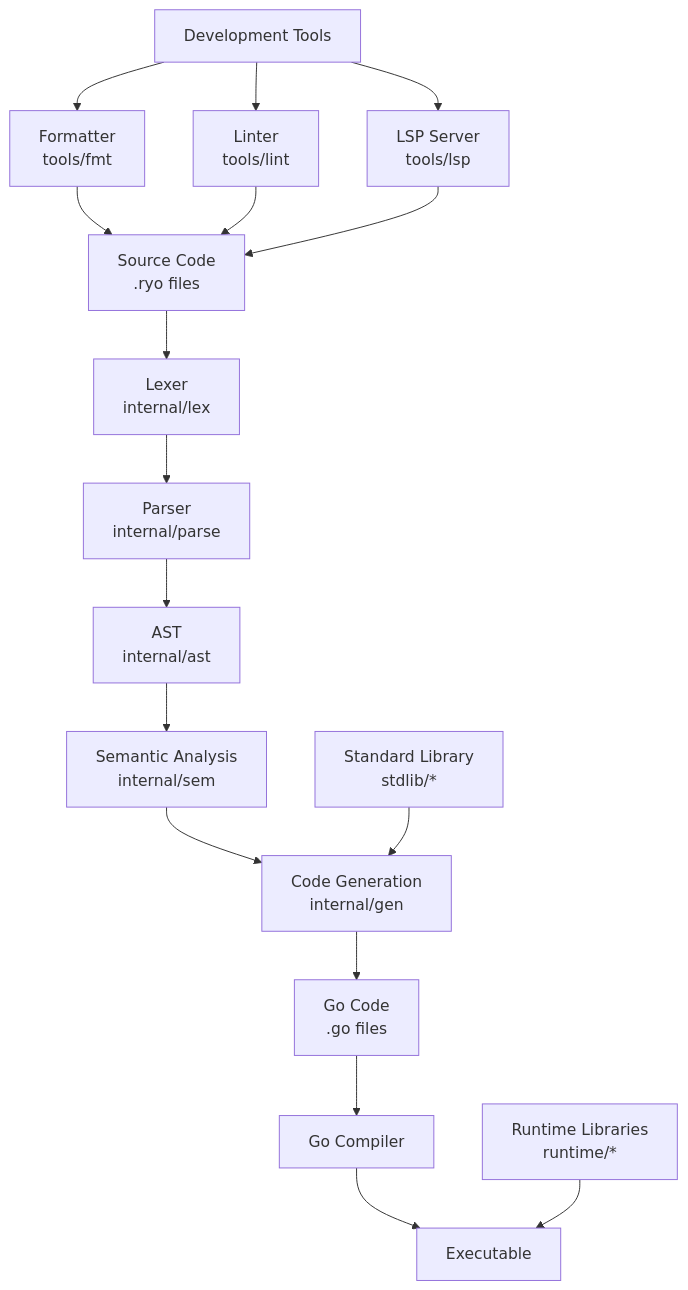
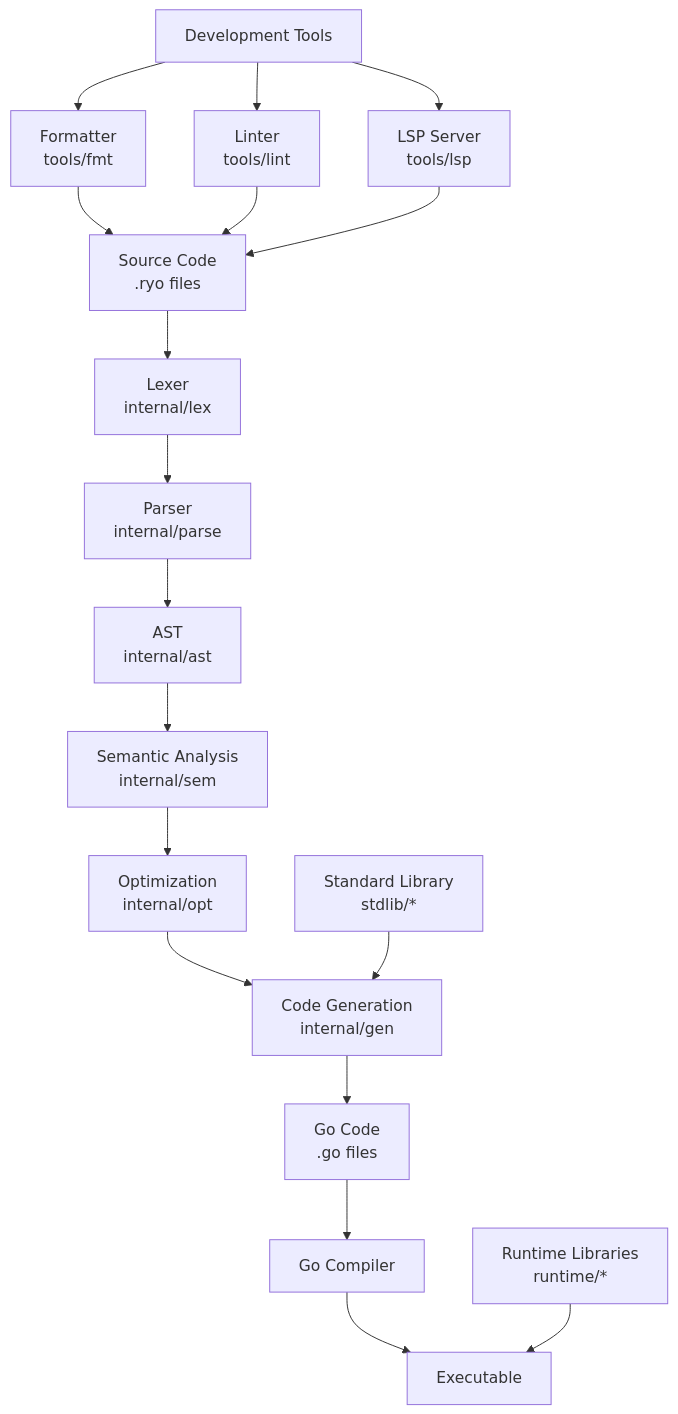
The diagram in ARCHITECTURE.md (razpinator/rayo), drawn with Mermaid before and after one commit. The commit also changed other lines of this file and 28 other files, not shown here.

````diff
--- a/ARCHITECTURE.md
+++ b/ARCHITECTURE.md
@@ -9,23 +9,24 @@
 ```mermaid
 graph TD
     A[Source Code<br/>.ryo files] --> B[Lexer<br/>internal/lex]
     B --> C[Parser<br/>internal/parse]
     C --> D[AST<br/>internal/ast]
     D --> E[Semantic Analysis<br/>internal/sem]
-    E --> F[Code Generation<br/>internal/gen]
+    E --> P[Optimization<br/>internal/opt]
+    P --> F[Code Generation<br/>internal/gen]
     F --> G[Go Code<br/>.go files]
 
     G --> H[Go Compiler]
     H --> I[Executable]
 
     J[Runtime Libraries<br/>runtime/*] --> I
     K[Standard Library<br/>stdlib/*] --> F
 
     L[Development Tools] --> M[Formatter<br/>tools/fmt]
     L --> N[Linter<br/>tools/lint]
     L --> O[LSP Server<br/>tools/lsp]
 
     M --> A
     N --> A
     O --> A
 ```
````
